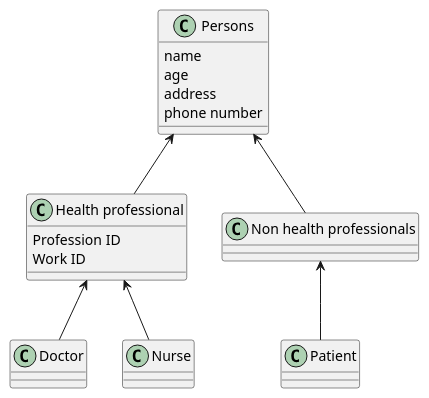
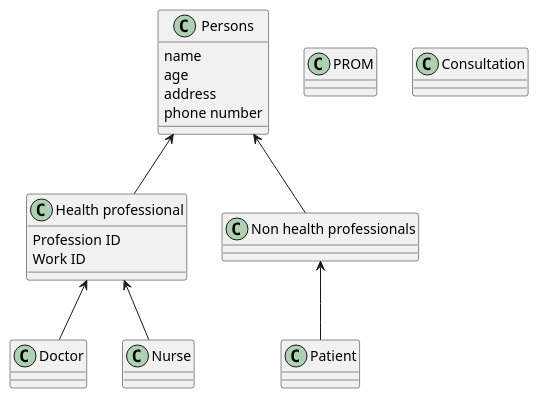
The diagram in Class diagram - iteration 1.puml (Purreskov/Softwareudvikling---Github), drawn with PlantUML before and after one commit. The commit also changed 2 other files, not shown here.

Commit message:
Jeg har tilføjet lidt til class diagram

```diff
--- a/Class diagram - iteration 1.puml
+++ b/Class diagram - iteration 1.puml
@@ -1,27 +1,31 @@
 @startuml
 'https://plantuml.com/class-diagram
 
 class "Persons" as persons
 persons : name
 persons : age
 persons : address
 persons : phone number
 
+
+class "PROM" as prom
+class "Consultation" as consultation
 class "Patient" as patient
 class "Doctor" as doctor
 class "Nurse" as nurse
 class "Health professional" as HP
 HP : Profession ID
 HP : Work ID
+
 class "Non health professionals" as NHP
 
 
 persons <-- HP
 persons <-- NHP
 NHP <-- patient
 HP <-- doctor
 HP <-- nurse
 
 
 
 @enduml
```
